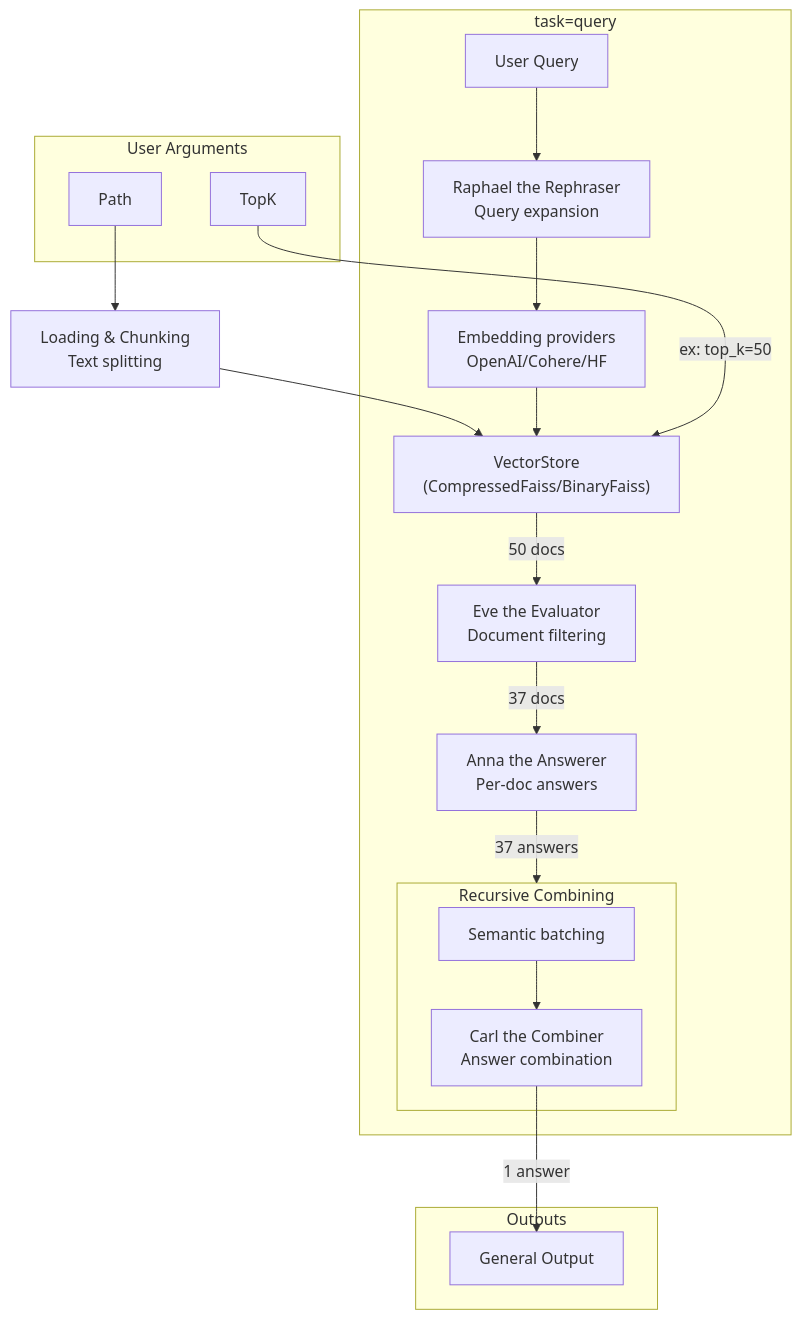
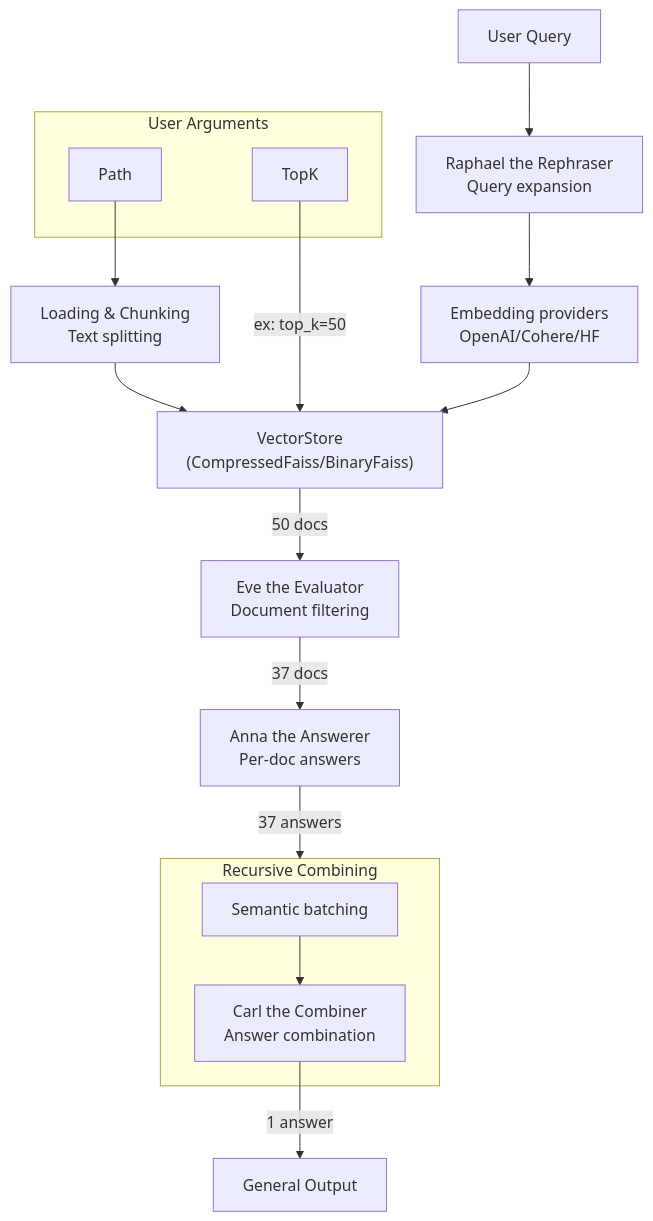
One commit to thiswillbeyourgithub/wdoc changed the diagram in images/diagram_query.mmd. Above: the diagram before and after it, drawn with Mermaid. The commit also changed 1 other file, not shown here.

Commit message:
refactor: Remove unnecessary subgraph boxes from query and summary diagrams

```diff
--- a/images/diagram_query.mmd
+++ b/images/diagram_query.mmd
@@ -1,38 +1,34 @@
 flowchart TD
     subgraph Inputs["User Arguments"]
         Path["Path"]
         TopK["TopK"]
     end
 
     Embeddings["Embedding providers<br/>OpenAI/Cohere/HF"]
     VectorStore["VectorStore<br/>(CompressedFaiss/BinaryFaiss)"]
     Chunker["Loading & Chunking<br/>Text splitting"]
 
     Path --> Chunker
     Chunker --> VectorStore
     Embeddings --> VectorStore
 
-    subgraph Outputs["Outputs"]
-        QueryOutput["General Output"]
+    QueryOutput["General Output"]
+
+    UserQuery["User Query"]
+    Raphael["Raphael the Rephraser<br/>Query expansion"]
+    Eve["Eve the Evaluator<br/>Document filtering"]
+    Anna["Anna the Answerer<br/>Per-doc answers"]
+    
+    subgraph RecursiveCombining["Recursive Combining"]
+        SemanticBatching["Semantic batching"]
+        Carl["Carl the Combiner<br/>Answer combination"]
+        SemanticBatching --> Carl
     end
-
-    subgraph QueryTask["task=query"]
-        UserQuery["User Query"]
-        Raphael["Raphael the Rephraser<br/>Query expansion"]
-        Eve["Eve the Evaluator<br/>Document filtering"]
-        Anna["Anna the Answerer<br/>Per-doc answers"]
-        
-        subgraph RecursiveCombining["Recursive Combining"]
-            SemanticBatching["Semantic batching"]
-            Carl["Carl the Combiner<br/>Answer combination"]
-            SemanticBatching --> Carl
-        end
-        
-        UserQuery --> Raphael
-        Raphael --> Embeddings
-        TopK -->|ex: top_k=50| VectorStore
-        VectorStore -->|50 docs| Eve
-        Eve -->|37 docs| Anna
-        Anna -->|37 answers| RecursiveCombining
-        Carl -->|1 answer| QueryOutput
-    end
+    
+    UserQuery --> Raphael
+    Raphael --> Embeddings
+    TopK -->|ex: top_k=50| VectorStore
+    VectorStore -->|50 docs| Eve
+    Eve -->|37 docs| Anna
+    Anna -->|37 answers| RecursiveCombining
+    Carl -->|1 answer| QueryOutput
```
